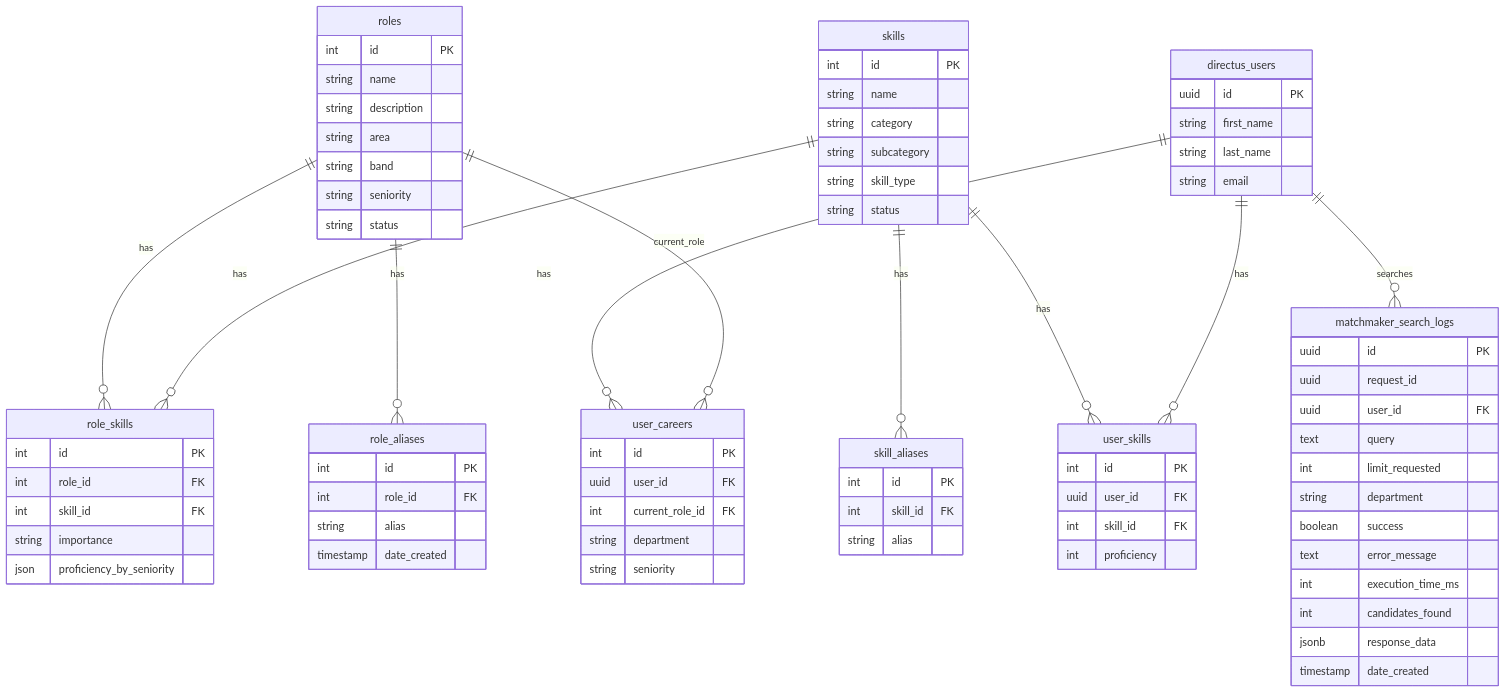
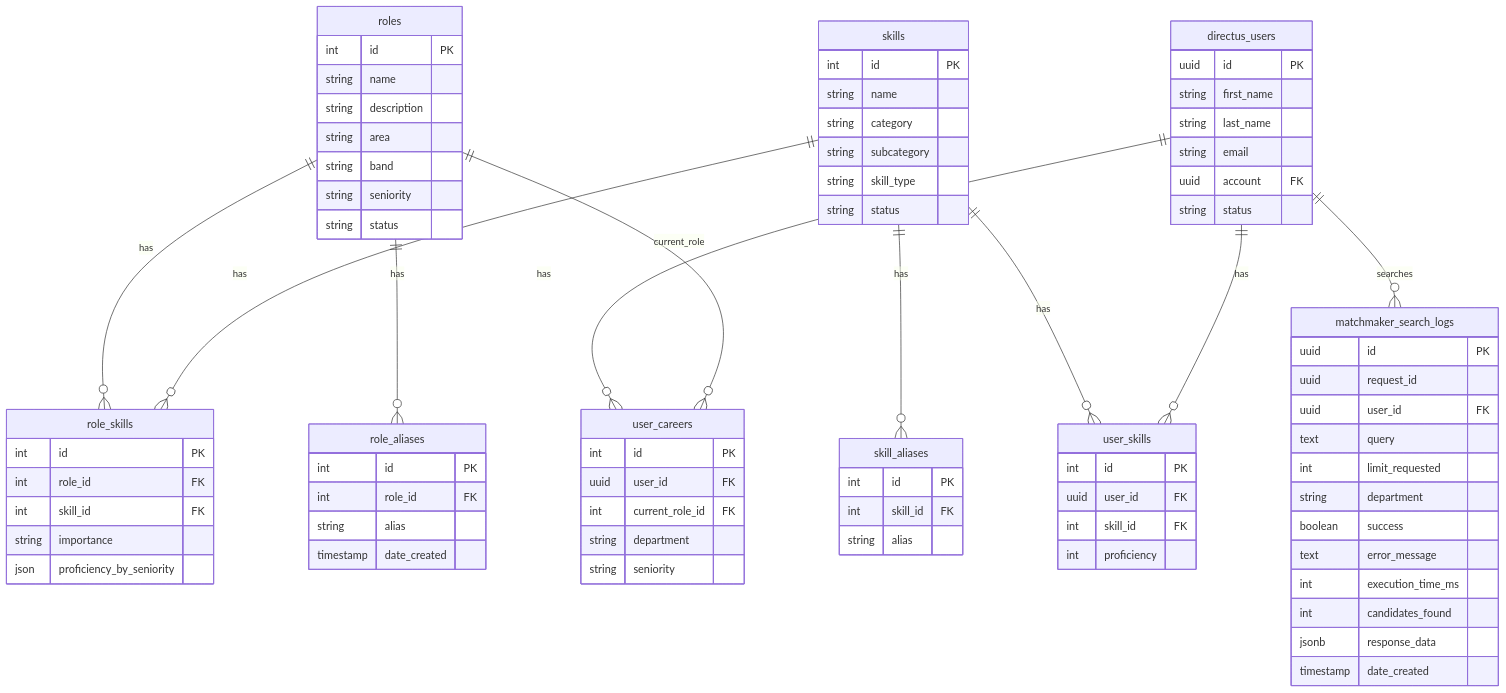
One commit to leapy-edtech/docs changed the first of 2 diagrams in documentation/domains/matchmaker/data-model.mdx. Above: the diagram before and after it, drawn with Mermaid. The commit also changed other lines of this file and 6 other files, not shown here.

```diff
--- a/documentation/domains/matchmaker/data-model.mdx
+++ b/documentation/domains/matchmaker/data-model.mdx
@@ -81,6 +81,8 @@
         string first_name
         string last_name
         string email
+        uuid account FK
+        string status
     }
 
     matchmaker_search_logs {
```
